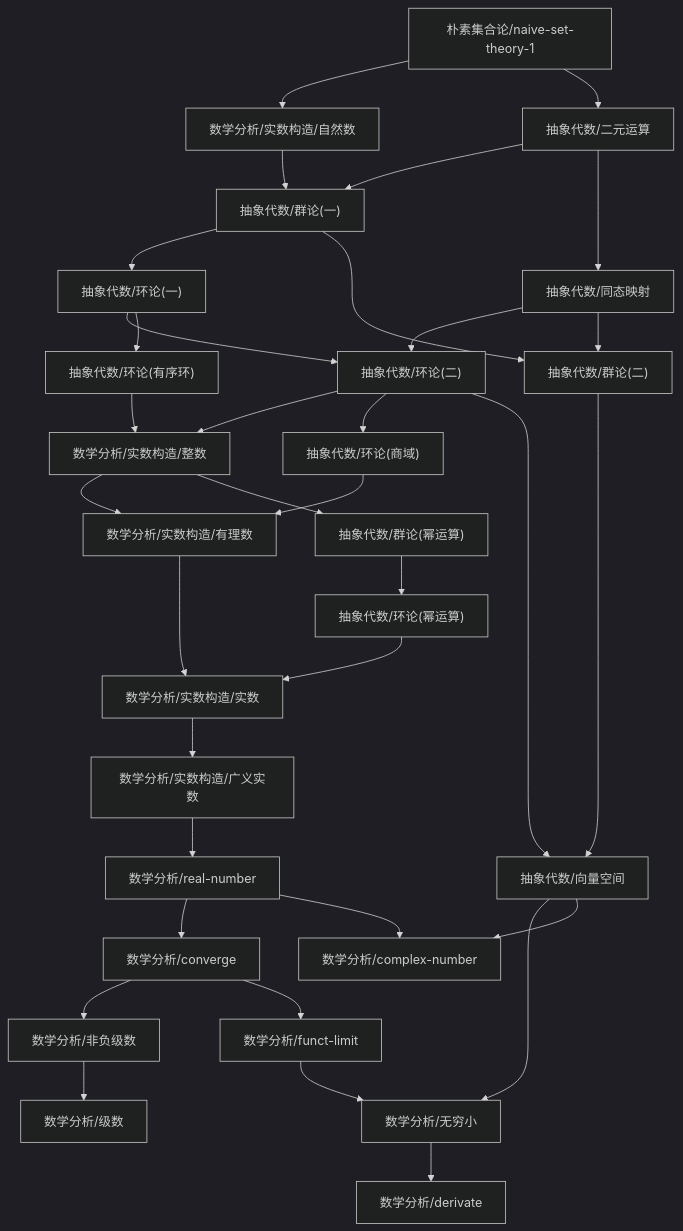
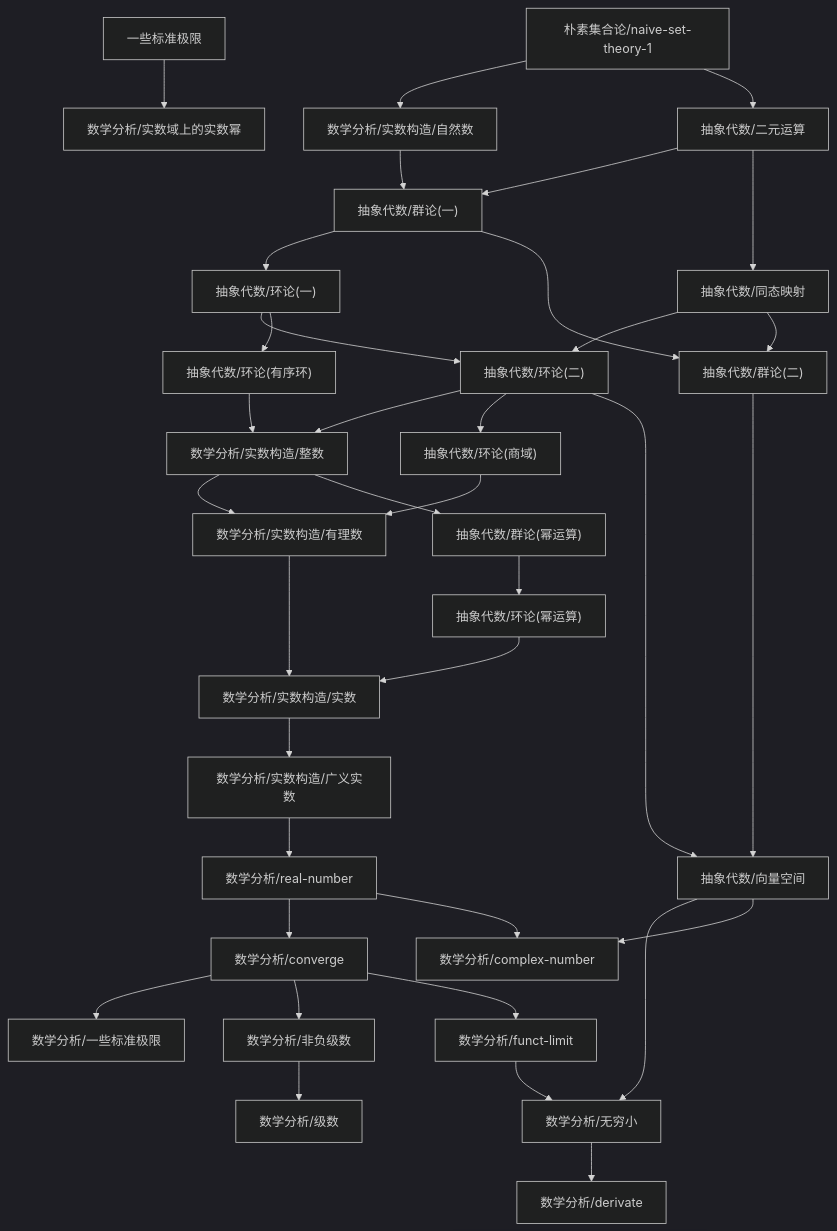
One commit to zeroDtree/zeroDtree.github.io changed the diagram in content/数学分析/dependency_graph.md. Above: the diagram before and after it, drawn with Mermaid (dark theme). The commit also changed 7 other files, not shown here.

````diff
--- a/content/数学分析/dependency_graph.md
+++ b/content/数学分析/dependency_graph.md
@@ -1,36 +1,38 @@
 ```mermaid
 graph TD
 1["数学分析/非负级数"] --> 0["数学分析/级数"]
-3["数学分析/无穷小"] --> 2["数学分析/derivate"]
-5["数学分析/real-number"] --> 4["数学分析/converge"]
-4["数学分析/converge"] --> 1["数学分析/非负级数"]
-6["抽象代数/向量空间"] --> 3["数学分析/无穷小"]
-7["数学分析/funct-limit"] --> 3["数学分析/无穷小"]
-4["数学分析/converge"] --> 7["数学分析/funct-limit"]
-5["数学分析/real-number"] --> 9["数学分析/complex-number"]
-6["抽象代数/向量空间"] --> 9["数学分析/complex-number"]
-10["数学分析/实数构造/广义实数"] --> 5["数学分析/real-number"]
-12["数学分析/实数构造/有理数"] --> 11["数学分析/实数构造/实数"]
-13["抽象代数/环论(幂运算)"] --> 11["数学分析/实数构造/实数"]
-14["数学分析/实数构造/整数"] --> 12["数学分析/实数构造/有理数"]
-15["抽象代数/环论(商域)"] --> 12["数学分析/实数构造/有理数"]
-11["数学分析/实数构造/实数"] --> 10["数学分析/实数构造/广义实数"]
-17["朴素集合论/naive-set-theory-1"] --> 16["数学分析/实数构造/自然数"]
-18["抽象代数/环论(二)"] --> 14["数学分析/实数构造/整数"]
-19["抽象代数/环论(有序环)"] --> 14["数学分析/实数构造/整数"]
-20["抽象代数/环论(一)"] --> 18["抽象代数/环论(二)"]
-21["抽象代数/同态映射"] --> 18["抽象代数/环论(二)"]
-20["抽象代数/环论(一)"] --> 19["抽象代数/环论(有序环)"]
-22["抽象代数/群论(一)"] --> 20["抽象代数/环论(一)"]
-16["数学分析/实数构造/自然数"] --> 22["抽象代数/群论(一)"]
-23["抽象代数/二元运算"] --> 22["抽象代数/群论(一)"]
-17["朴素集合论/naive-set-theory-1"] --> 23["抽象代数/二元运算"]
-23["抽象代数/二元运算"] --> 21["抽象代数/同态映射"]
-18["抽象代数/环论(二)"] --> 15["抽象代数/环论(商域)"]
-24["抽象代数/群论(幂运算)"] --> 13["抽象代数/环论(幂运算)"]
-14["数学分析/实数构造/整数"] --> 24["抽象代数/群论(幂运算)"]
-25["抽象代数/群论(二)"] --> 6["抽象代数/向量空间"]
-18["抽象代数/环论(二)"] --> 6["抽象代数/向量空间"]
-22["抽象代数/群论(一)"] --> 25["抽象代数/群论(二)"]
-21["抽象代数/同态映射"] --> 25["抽象代数/群论(二)"]
+3["数学分析/converge"] --> 2["数学分析/一些标准极限"]
+5["一些标准极限"] --> 4["数学分析/实数域上的实数幂"]
+7["数学分析/无穷小"] --> 6["数学分析/derivate"]
+8["数学分析/real-number"] --> 3["数学分析/converge"]
+3["数学分析/converge"] --> 1["数学分析/非负级数"]
+9["抽象代数/向量空间"] --> 7["数学分析/无穷小"]
+10["数学分析/funct-limit"] --> 7["数学分析/无穷小"]
+3["数学分析/converge"] --> 10["数学分析/funct-limit"]
+8["数学分析/real-number"] --> 12["数学分析/complex-number"]
+9["抽象代数/向量空间"] --> 12["数学分析/complex-number"]
+13["数学分析/实数构造/广义实数"] --> 8["数学分析/real-number"]
+15["数学分析/实数构造/有理数"] --> 14["数学分析/实数构造/实数"]
+16["抽象代数/环论(幂运算)"] --> 14["数学分析/实数构造/实数"]
+17["数学分析/实数构造/整数"] --> 15["数学分析/实数构造/有理数"]
+18["抽象代数/环论(商域)"] --> 15["数学分析/实数构造/有理数"]
+14["数学分析/实数构造/实数"] --> 13["数学分析/实数构造/广义实数"]
+20["朴素集合论/naive-set-theory-1"] --> 19["数学分析/实数构造/自然数"]
+21["抽象代数/环论(二)"] --> 17["数学分析/实数构造/整数"]
+22["抽象代数/环论(有序环)"] --> 17["数学分析/实数构造/整数"]
+23["抽象代数/环论(一)"] --> 21["抽象代数/环论(二)"]
+24["抽象代数/同态映射"] --> 21["抽象代数/环论(二)"]
+23["抽象代数/环论(一)"] --> 22["抽象代数/环论(有序环)"]
+25["抽象代数/群论(一)"] --> 23["抽象代数/环论(一)"]
+19["数学分析/实数构造/自然数"] --> 25["抽象代数/群论(一)"]
+26["抽象代数/二元运算"] --> 25["抽象代数/群论(一)"]
+20["朴素集合论/naive-set-theory-1"] --> 26["抽象代数/二元运算"]
+26["抽象代数/二元运算"] --> 24["抽象代数/同态映射"]
+21["抽象代数/环论(二)"] --> 18["抽象代数/环论(商域)"]
+27["抽象代数/群论(幂运算)"] --> 16["抽象代数/环论(幂运算)"]
+17["数学分析/实数构造/整数"] --> 27["抽象代数/群论(幂运算)"]
+28["抽象代数/群论(二)"] --> 9["抽象代数/向量空间"]
+21["抽象代数/环论(二)"] --> 9["抽象代数/向量空间"]
+25["抽象代数/群论(一)"] --> 28["抽象代数/群论(二)"]
+24["抽象代数/同态映射"] --> 28["抽象代数/群论(二)"]
 ```
````
